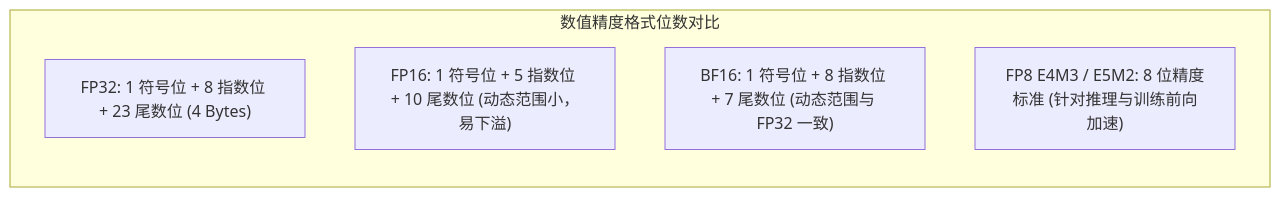
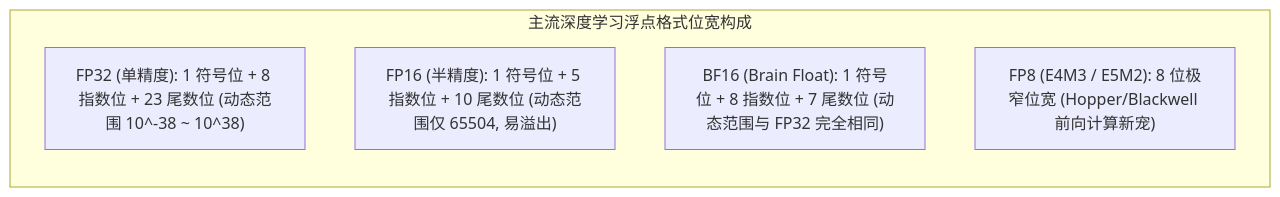
Before and after one commit to hsthanb4/hpclearning: the first of 2 diagrams in train/lesson14.qmd, drawn with Mermaid. The commit also changed other lines of this file and 89 other files, not shown here.

Commit message:
style(docs): relocate images and diagrams adjacent to their textual references across all lessons

````diff
--- a/train/lesson14.qmd
+++ b/train/lesson14.qmd
@@ -32,9 +32,10 @@
 ```{mermaid}
-flowchart LR
-    subgraph Formats["数值精度格式位数对比"]
-        FP32["FP32: 1 符号位 + 8 指数位 + 23 尾数位 (4 Bytes)"]
-        FP16["FP16: 1 符号位 + 5 指数位 + 10 尾数位 (动态范围小，易下溢)"]
-        BF16["BF16: 1 符号位 + 8 指数位 + 7 尾数位 (动态范围与 FP32 一致)"]
-        FP8["FP8 E4M3 / E5M2: 8 位精度标准 (针对推理与训练前向加速)"]
+flowchart TD
+    subgraph FloatFormats["主流深度学习浮点格式位宽构成"]
+        direction TB
+        FP32["FP32 (单精度): 1 符号位 + 8 指数位 + 23 尾数位 (动态范围 10^-38 ~ 10^38)"]
+        FP16["FP16 (半精度): 1 符号位 + 5 指数位 + 10 尾数位 (动态范围仅 65504, 易溢出)"]
+        BF16["BF16 (Brain Float): 1 符号位 + 8 指数位 + 7 尾数位 (动态范围与 FP32 完全相同)"]
+        FP8["FP8 (E4M3 / E5M2): 8 位极窄位宽 (Hopper/Blackwell 前向计算新宠)"]
     end
 ```
````
